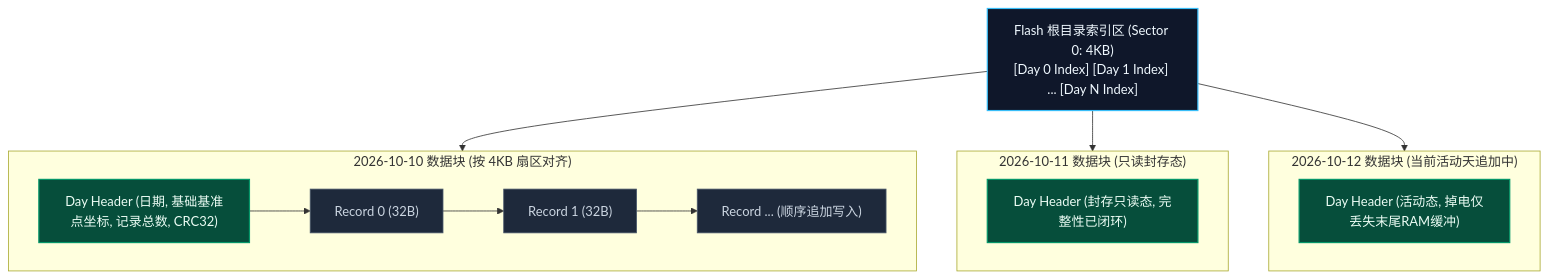
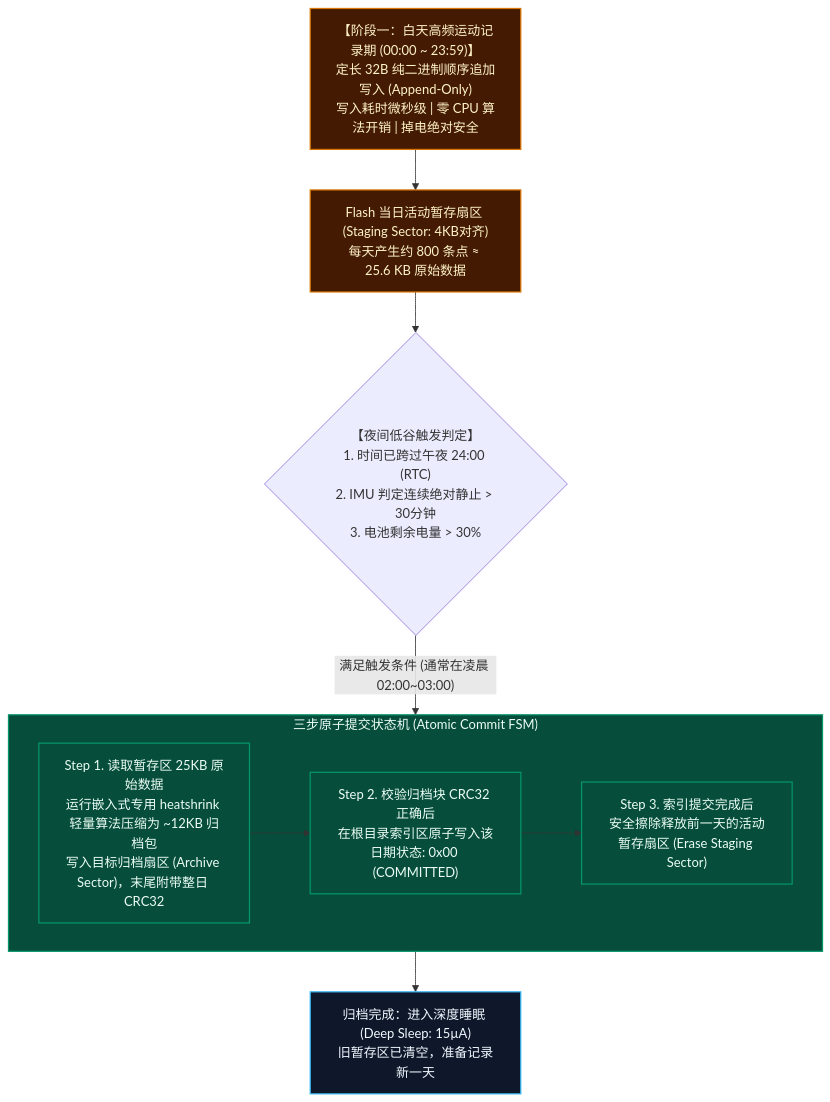
One commit to suntyrael/Life_GPS changed the fourth of 4 diagrams in README.md. Above: the diagram before and after it, drawn with Mermaid. The commit also changed other lines of this file and 3 other files, not shown here.

First line of the commit message:
feat: upgrade to 64MB NOR Flash (W25Q512JV) and nightly archival architecture

````diff
--- a/README.md
+++ b/README.md
@@ -427,23 +440,21 @@
 ```mermaid
 flowchart TD
     classDef hdr fill:#0f172a,stroke:#38bdf8,stroke-width:1.5px,color:#f0f9ff;
-    classDef day fill:#064e3b,stroke:#059669,stroke-width:1.5px,color:#ecfdf5;
-    classDef rec fill:#1e293b,stroke:#475569,stroke-width:1px,color:#cbd5e1;
+    classDef stage fill:#451a03,stroke:#d97706,stroke-width:1.5px,color:#fef3c7;
+    classDef arch fill:#064e3b,stroke:#059669,stroke-width:1.5px,color:#ecfdf5;
 
-    DIR["Flash 根目录索引区 (Sector 0: 4KB)<br/>[Day 0 Index] [Day 1 Index] ... [Day N Index]"]:::hdr --> D1 & D2 & D3
+    SUB1["【阶段一：白天高频运动记录期 (00:00 ~ 23:59)】<br/>定长 32B 纯二进制顺序追加写入 (Append-Only)<br/>写入耗时微秒级 | 零 CPU 算法开销 | 掉电绝对安全"]:::stage --> BUF["Flash 当日活动暂存扇区 (Staging Sector: 4KB对齐)<br/>每天产生约 800 条点 ≈ 25.6 KB 原始数据"]:::stage
 
-    subgraph D1 ["2026-10-10 数据块 (按 4KB 扇区对齐)"]
-        H1["Day Header (日期, 基础基准点坐标, 记录总数, CRC32)"]:::day
-        H1 --> R1["Record 0 (32B)"]:::rec
-        R1 --> R2["Record 1 (32B)"]:::rec
-        R2 --> RN["Record ... (顺序追加写入)"]:::rec
+    BUF --> TRIG{"【夜间低谷触发判定】<br/>1. 时间已跨过午夜 24:00 (RTC)<br/>2. IMU 判定连续绝对静止 > 30分钟<br/>3. 电池剩余电量 > 30%"}
+
+    TRIG -->|"满足触发条件 (通常在凌晨 02:00~03:00)"| ARCH_PROCESS["【阶段二：夜间原子归档事务 (Atomic Archival Transaction)】"]:::arch
+
+    subgraph ARCH_PROCESS ["三步原子提交状态机 (Atomic Commit FSM)"]
+        S1["Step 1. 读取暂存区 25KB 原始数据<br/>运行嵌入式专用 heatshrink 轻量算法压缩为 ~12KB 归档包<br/>写入目标归档扇区 (Archive Sector)，末尾附带整日 CRC32"]:::arch
+        S2["Step 2. 校验归档块 CRC32 正确后<br/>在根目录索引区原子写入该日期状态: 0x00 (COMMITTED)"]:::arch
+        S3["Step 3. 索引提交完成后<br/>安全擦除释放前一天的活动暂存扇区 (Erase Staging Sector)"]:::arch
+        S1 --> S2 --> S3
     end
 
-    subgraph D2 ["2026-10-11 数据块 (只读封存态)"]
-        H2["Day Header (封存只读态, 完整性已闭环)"]:::day
-    end
-
-    subgraph D3 ["2026-10-12 数据块 (当前活动天追加中)"]
-        H3["Day Header (活动态, 掉电仅丢失末尾RAM缓冲)"]:::day
-    end
+    ARCH_PROCESS --> COMPLETED["归档完成：进入深度睡眠 (Deep Sleep: 15µA)<br/>旧暂存区已清空，准备记录新一天"]:::hdr
 ```
````
